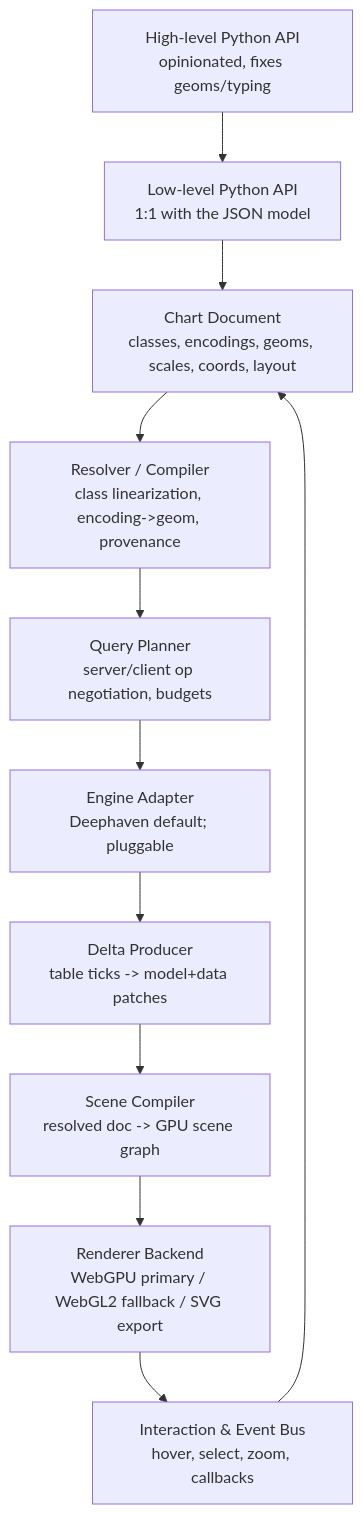
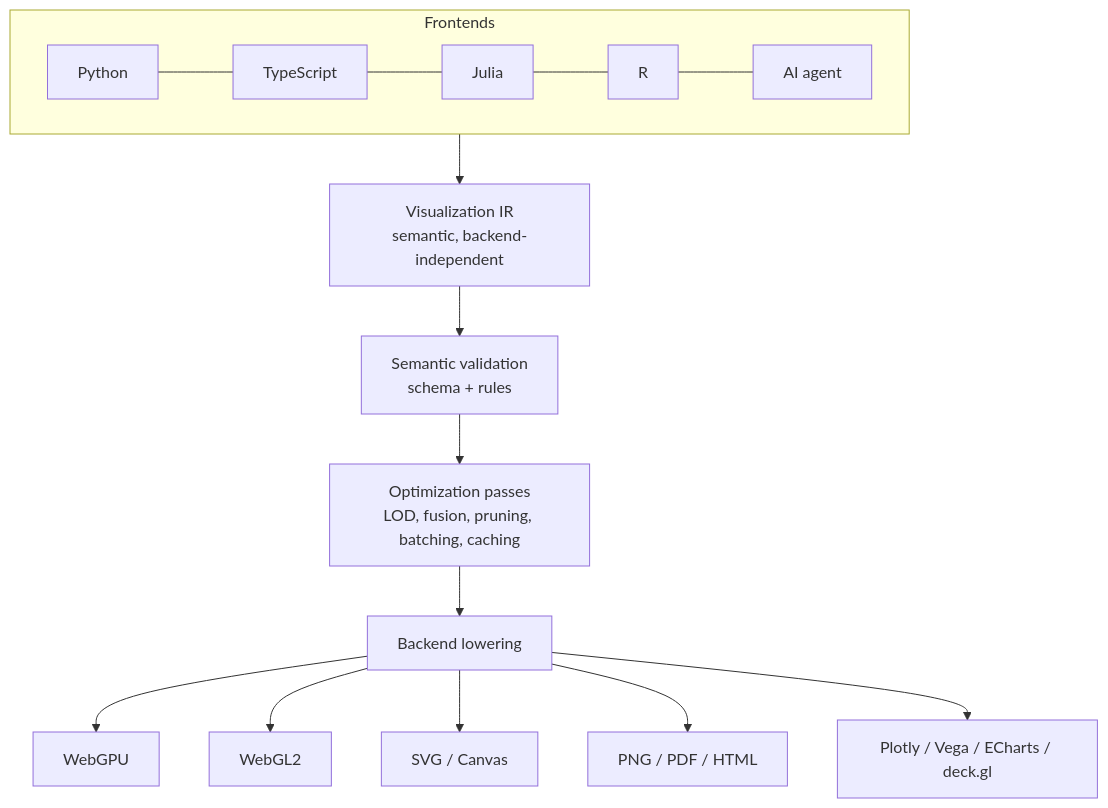
One commit to jnumainville/deephaven-plugins changed the diagram in plans/unified-plotting-library-vision.md. Above: the diagram before and after it, drawn with Mermaid. The commit also changed other lines of this file and 3 other files, not shown here.

````diff
--- a/plans/unified-plotting-library-vision.md
+++ b/plans/unified-plotting-library-vision.md
@@ -59,13 +112,11 @@
 ```mermaid
 flowchart TD
-    A[High-level Python API<br/>opinionated, fixes geoms/typing] --> B[Low-level Python API<br/>1:1 with the JSON model]
-    B --> C[Chart Document<br/>classes, encodings, geoms, scales, coords, layout]
-    C --> D[Resolver / Compiler<br/>class linearization, encoding->geom, provenance]
-    D --> E[Query Planner<br/>server/client op negotiation, budgets]
-    E --> F[Engine Adapter<br/>Deephaven default; pluggable]
-    F --> G[Delta Producer<br/>table ticks -> model+data patches]
-    G --> H[Scene Compiler<br/>resolved doc -> GPU scene graph]
-    H --> I[Renderer Backend<br/>WebGPU primary / WebGL2 fallback / SVG export]
-    I --> J[Interaction & Event Bus<br/>hover, select, zoom, callbacks]
-    J --> C
+    subgraph Frontends
+      P[Python] --- TS[TypeScript] --- JU[Julia] --- RR[R] --- AIx[AI agent]
+    end
+    Frontends --> IR[Visualization IR<br/>semantic, backend-independent]
+    IR --> SV[Semantic validation<br/>schema + rules]
+    SV --> OPT[Optimization passes<br/>LOD, fusion, pruning, batching, caching]
+    OPT --> LOW[Backend lowering]
+    LOW --> B1[WebGPU] & B2[WebGL2] & B3[SVG / Canvas] & B4[PNG / PDF / HTML] & B5[Plotly / Vega / ECharts / deck.gl]
 ```
````
